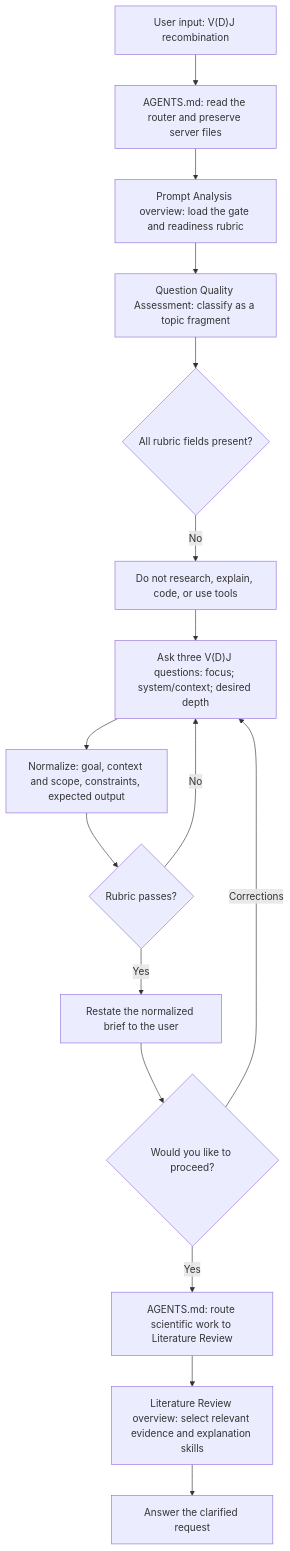
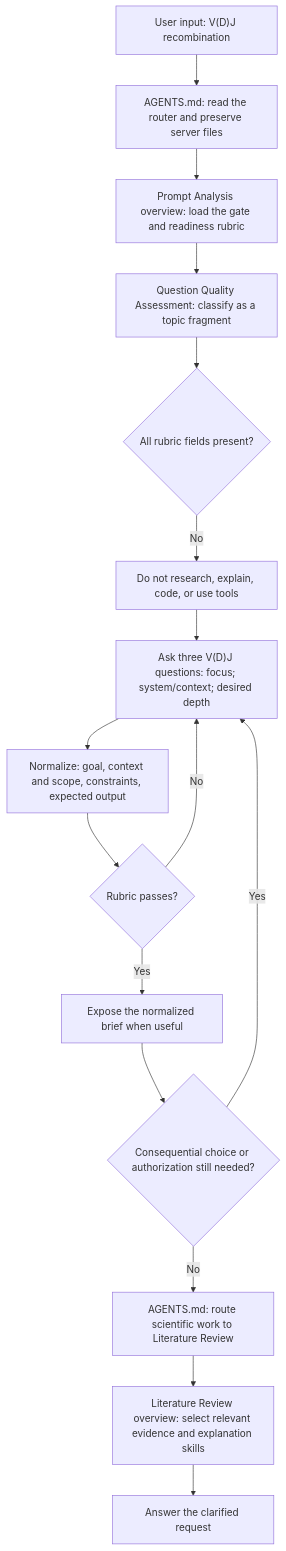
One commit to BCHTaimor/alt-lab-claude-scientific changed the diagram in workflows/prompt-analysis/vdj-topic-fragment-flow.md. Above: the diagram before and after it, drawn with Mermaid. The commit also changed 91 other files, not shown here.

````diff
--- a/workflows/prompt-analysis/vdj-topic-fragment-flow.md
+++ b/workflows/prompt-analysis/vdj-topic-fragment-flow.md
@@ -3,18 +3,18 @@
 ```mermaid
 flowchart TD
     A["User input: V(D)J recombination"] --> B["AGENTS.md: read the router and preserve server files"]
     B --> C["Prompt Analysis overview: load the gate and readiness rubric"]
     C --> D["Question Quality Assessment: classify as a topic fragment"]
     D --> E{"All rubric fields present?"}
     E -->|No| F["Do not research, explain, code, or use tools"]
     F --> G["Ask three V(D)J questions: focus; system/context; desired depth"]
     G --> H["Normalize: goal, context and scope, constraints, expected output"]
     H --> I{"Rubric passes?"}
     I -->|No| G
-    I -->|Yes| J["Restate the normalized brief to the user"]
-    J --> K{"Would you like to proceed?"}
-    K -->|Corrections| G
-    K -->|Yes| L["AGENTS.md: route scientific work to Literature Review"]
+    I -->|Yes| J["Expose the normalized brief when useful"]
+    J --> K{"Consequential choice or authorization still needed?"}
+    K -->|Yes| G
+    K -->|No| L["AGENTS.md: route scientific work to Literature Review"]
     L --> M["Literature Review overview: select relevant evidence and explanation skills"]
     M --> N["Answer the clarified request"]
 ```
````
